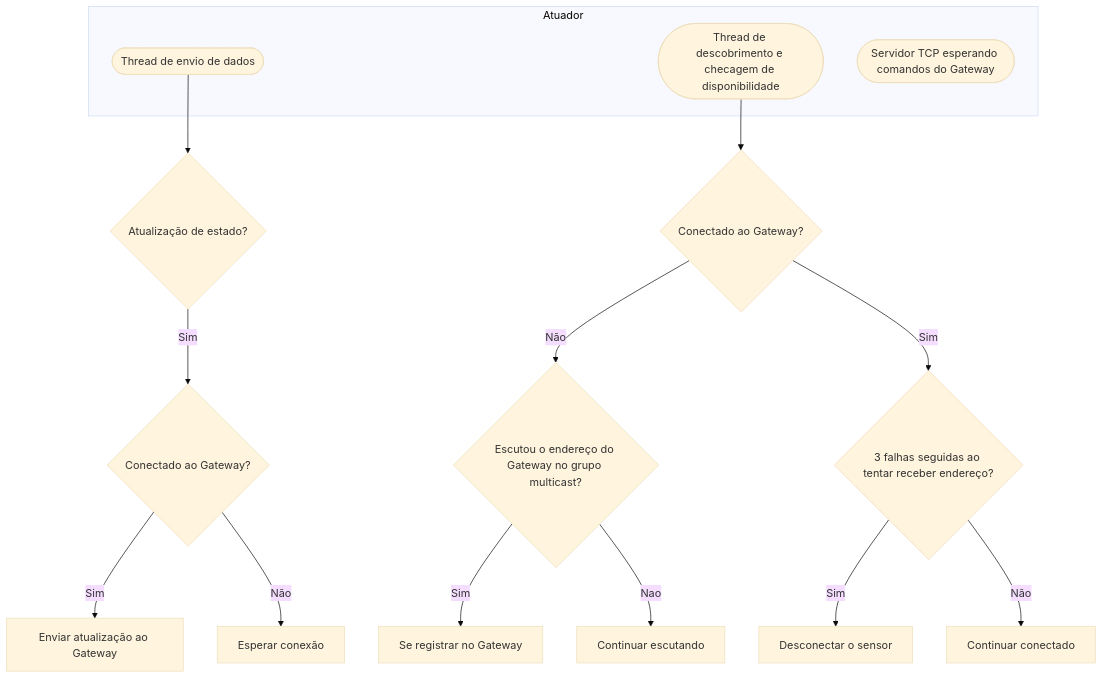
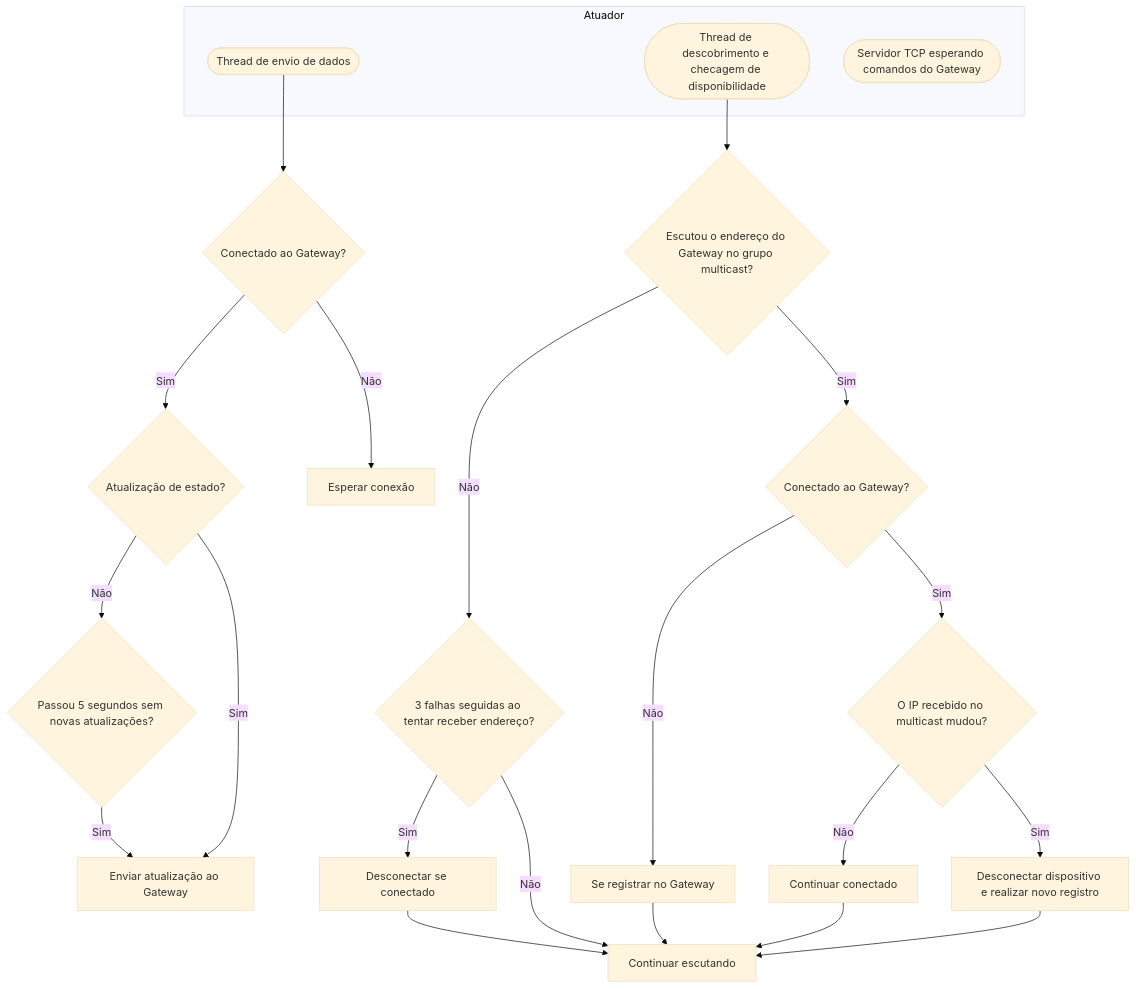
One commit to nelioasousa/cidade_inteligente changed the third of 3 diagrams in README.md. Above: the diagram before and after it, drawn with Mermaid (base theme). The commit also changed other lines of this file, not shown here.

Commit message:
Melhorar diagramas

````diff
--- a/README.md
+++ b/README.md
@@ -105,34 +113,47 @@
 ```mermaid
 flowchart TD
     subgraph Atuador
         envio([Thread de envio de dados])
         descobrimento([Thread de descobrimento e checagem de disponibilidade])
         comandos([Servidor TCP esperando comandos do Gateway])
     end
 
+    conectar[Se registrar no Gateway]
+    desconectar[Desconectar dispositivo e realizar novo registro]
+    desconectar_se[Desconectar se conectado]
+    continuar[Continuar escutando]
+    continuar_conn[Continuar conectado]
+
+    perg_conn{Conectado ao Gateway?}
+    perg_escutou{Escutou o endereço do Gateway no grupo multicast?}
+    perg_realocar{O IP recebido no multicast mudou?}
+    perg_falhas{3 falhas seguidas ao tentar receber endereço?}
+
+    descobrimento-->perg_escutou
+    perg_escutou-->|Não|perg_falhas
+    perg_escutou-->|Sim|perg_conn
+    perg_falhas-->|Sim|desconectar_se
+    desconectar_se-->continuar
+    perg_falhas-->|Não|continuar
+    perg_conn-->|Não|conectar
+    conectar-->continuar
+    perg_conn-->|Sim|perg_realocar
+    perg_realocar-->|Não|continuar_conn
+    continuar_conn-->continuar
+    perg_realocar-->|Sim|desconectar
+    desconectar-->continuar
+
     enviar[Enviar atualização ao Gateway]
     esperar[Esperar conexão]
-    conectar[Se registrar no Gateway]
-    desconectar[Desconectar o sensor]
-    continuar[Continuar escutando]
-    continuar2[Continuar conectado]
 
-    descp1{Conectado ao Gateway?}
-    descp2{Escutou o endereço do Gateway no grupo multicast?}
-    descp3{3 falhas seguidas ao tentar receber endereço?}
+    perg_atualizacao{Atualização de estado?}
+    perg_conn_envio{Conectado ao Gateway?}
+    perg_passou{Passou 5 segundos sem novas atualizações?}
 
-    descobrimento-->descp1
-    descp1-->|Não|descp2
-    descp1-->|Sim|descp3
-    descp3-->|Sim|desconectar
-    descp3-->|Não|continuar2
-    descp2-->|Sim|conectar
-    descp2-->|Nao|continuar
-
-    envio-->envp1
-    envp1{Atualização de estado?}
-    envp2{Conectado ao Gateway?}
-    envp1-->|Sim|envp2
-    envp2-->|Sim|enviar
-    envp2-->|Não|esperar
+    envio-->perg_conn_envio
+    perg_conn_envio-->|Sim|perg_atualizacao
+    perg_conn_envio-->|Não|esperar
+    perg_atualizacao-->|Não|perg_passou
+    perg_atualizacao-->|Sim|enviar
+    perg_passou-->|Sim|enviar
 ```
````
